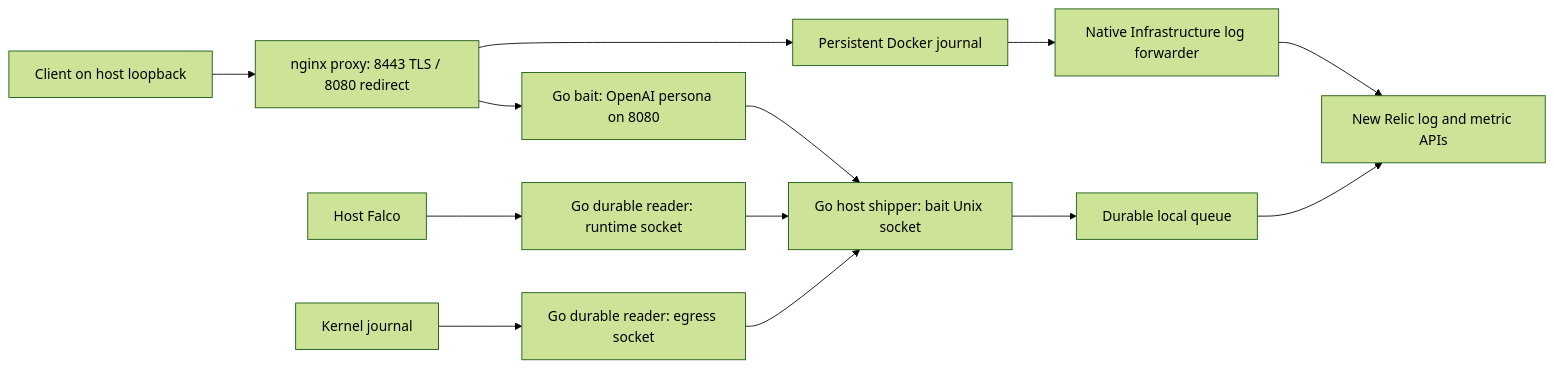
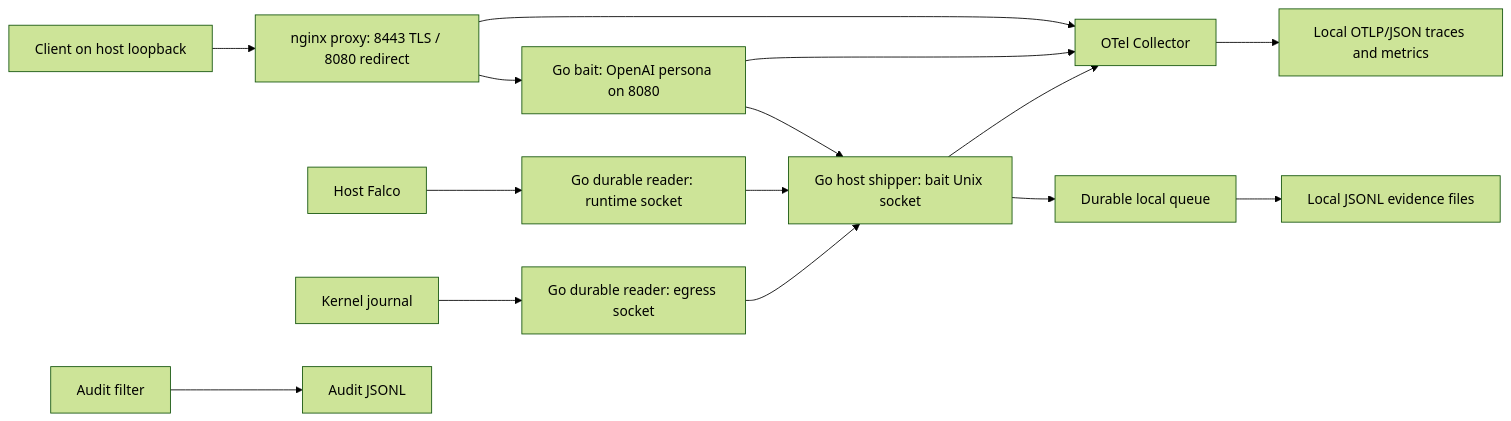
Before and after one commit to caretak3r/attack-box: the first of 2 diagrams in docs/architecture.md, drawn with Mermaid (forest theme). The commit also changed other lines of this file and 18 other files, not shown here.

First line of the commit message:
docs: describe the host evidence store, console and pull instead of New Relic

````diff
--- a/docs/architecture.md
+++ b/docs/architecture.md
@@ -15,15 +15,17 @@
 ```mermaid
 flowchart LR
     C[Client on host loopback] --> P[nginx proxy: 8443 TLS / 8080 redirect]
     P --> B[Go bait: OpenAI persona on 8080]
     B --> S[Go host shipper: bait Unix socket]
     F[Host Falco] --> R[Go durable reader: runtime socket]
     J[Kernel journal] --> E[Go durable reader: egress socket]
+    A[Audit filter] --> AF[Audit JSONL]
     R --> S
     E --> S
     S --> Q[Durable local queue]
-    Q --> N[New Relic log and metric APIs]
-    P --> DJ[Persistent Docker journal]
-    DJ --> NI[Native Infrastructure log forwarder]
-    NI --> N
+    Q --> L[Local JSONL evidence files]
+    P --> OC[OTel Collector]
+    B --> OC
+    S --> OC
+    OC --> OL[Local OTLP/JSON traces and metrics]
 ```
````
